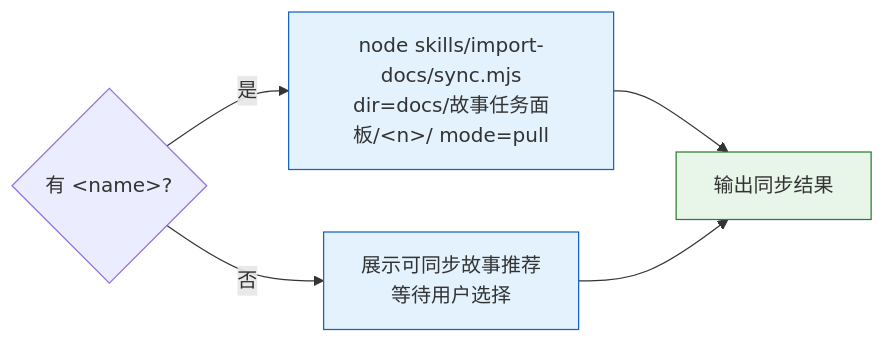
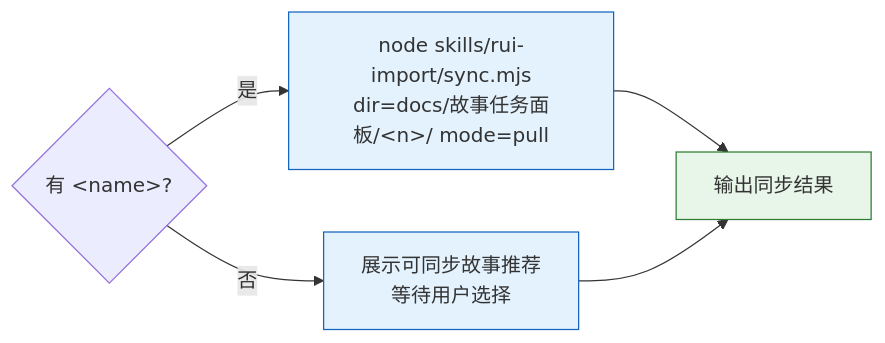
One commit to effiy/YrY changed the tenth of 15 diagrams in skills/rui-story/SKILL.md. Above: the diagram before and after it, drawn with Mermaid. The commit also changed other lines of this file and 41 other files, not shown here.

````diff
--- a/skills/rui-story/SKILL.md
+++ b/skills/rui-story/SKILL.md
@@ -334,10 +334,10 @@
 ```mermaid
 flowchart LR
-    Q{"有 &lt;name&gt;?"} -->|"是"| SCOPED["node skills/import-docs/sync.mjs<br/>dir=docs/故事任务面板/&lt;n&gt;/ mode=pull"]:::op
+    Q{"有 &lt;name&gt;?"} -->|"是"| SCOPED["node skills/rui-import/sync.mjs<br/>dir=docs/故事任务面板/&lt;n&gt;/ mode=pull"]:::op
     Q -->|"否"| RECOMMEND["展示可同步故事推荐<br/>等待用户选择"]:::op
     SCOPED --> OUT["输出同步结果"]:::out
     RECOMMEND --> OUT
 
     classDef op fill:#e3f2fd,stroke:#1565c0;
     classDef out fill:#e8f5e9,stroke:#2e7d32;
 ```
````
